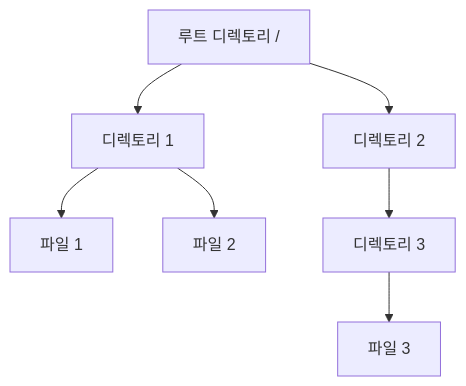
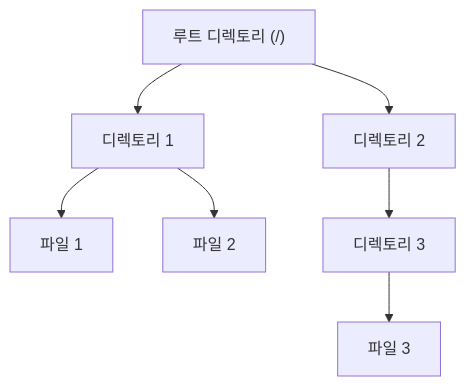
One commit to 42jerrykim/42jerrykim.github.io changed the first of 13 diagrams in content/post/2024/2024-09-09-file-system/index.md. Above: the diagram before and after it, drawn with Mermaid. The commit also changed other lines of this file and 239 other files, not shown here.

````diff
--- a/content/post/2024/2024-09-09-file-system/index.md
+++ b/content/post/2024/2024-09-09-file-system/index.md
@@ -163,9 +203,16 @@
 ```mermaid
-graph TD;
-    A[루트 디렉토리 /] --> B[디렉토리 1]
-    A --> C[디렉토리 2]
-    B --> D[파일 1]
-    B --> E[파일 2]
-    C --> F[디렉토리 3]
-    F --> G[파일 3]
+graph TD
+    rootDir["루트 디렉토리 (/)"]
+    dir1["디렉토리 1"]
+    dir2["디렉토리 2"]
+    file1["파일 1"]
+    file2["파일 2"]
+    dir3["디렉토리 3"]
+    file3["파일 3"]
+    rootDir --> dir1
+    rootDir --> dir2
+    dir1 --> file1
+    dir1 --> file2
+    dir2 --> dir3
+    dir3 --> file3
 ```
````
